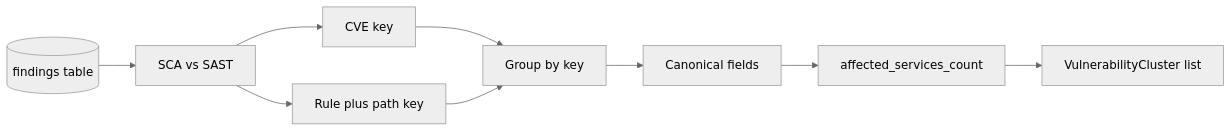
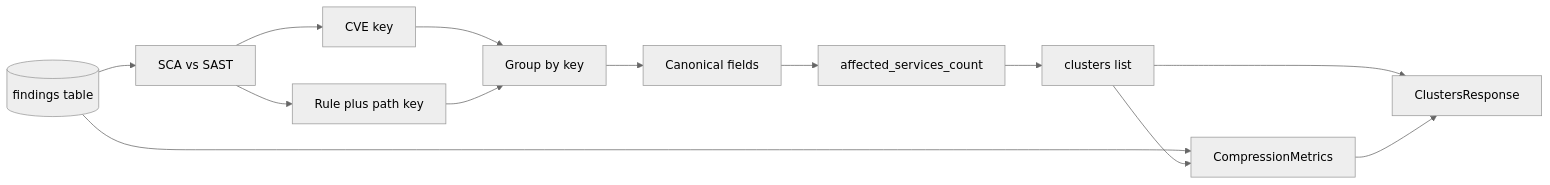
Before and after one commit to protektiq/helion: the third of 3 diagrams in data_flow_diagram.md, drawn with Mermaid (neutral theme). The commit also changed other lines of this file and 2 other files, not shown here.

Commit message:
completed step 6, added compression metrics

````diff
--- a/data_flow_diagram.md
+++ b/data_flow_diagram.md
@@ -47,19 +47,25 @@
 ```mermaid
 flowchart LR
   DB[(findings table)]
   Classify[SCA vs SAST]
   KeySCA[CVE key]
   KeySAST[Rule plus path key]
   Group[Group by key]
   Canon[Canonical fields]
   Count[affected_services_count]
-  Out[VulnerabilityCluster list]
+  Clusters[clusters list]
+  Metrics[CompressionMetrics]
+  Response[ClustersResponse]
   DB --> Classify
   Classify --> KeySCA
   Classify --> KeySAST
   KeySCA --> Group
   KeySAST --> Group
   Group --> Canon
   Canon --> Count
-  Count --> Out
+  Count --> Clusters
+  DB --> Metrics
+  Clusters --> Metrics
+  Clusters --> Response
+  Metrics --> Response
 ```
````
